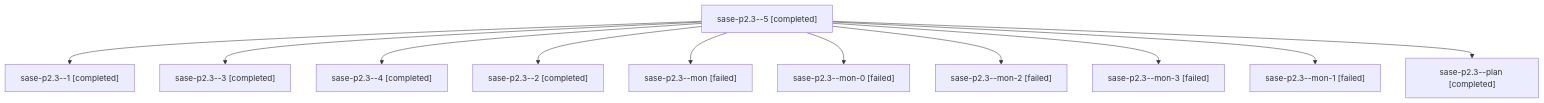
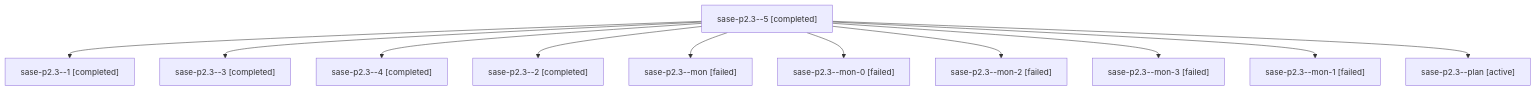
The diagram in families/bbugyi200.athena.sase-p2.3.md (sase-org/sase--agents), drawn with Mermaid before and after one commit. The commit also changed other lines of this file and 35830 other files, not shown here.

````diff
--- a/families/bbugyi200.athena.sase-p2.3.md
+++ b/families/bbugyi200.athena.sase-p2.3.md
@@ -9,24 +9,24 @@
 ```mermaid
 flowchart TD
   n0["sase-p2.3--5 [completed]"]
   n1["sase-p2.3--1 [completed]"]
   n0 --> n1
   n2["sase-p2.3--3 [completed]"]
   n0 --> n2
   n3["sase-p2.3--4 [completed]"]
   n0 --> n3
   n4["sase-p2.3--2 [completed]"]
   n0 --> n4
   n5["sase-p2.3--mon [failed]"]
   n0 --> n5
   n6["sase-p2.3--mon-0 [failed]"]
   n0 --> n6
   n7["sase-p2.3--mon-2 [failed]"]
   n0 --> n7
   n8["sase-p2.3--mon-3 [failed]"]
   n0 --> n8
   n9["sase-p2.3--mon-1 [failed]"]
   n0 --> n9
-  n10["sase-p2.3--plan [completed]"]
+  n10["sase-p2.3--plan [active]"]
   n0 --> n10
 ```
````
